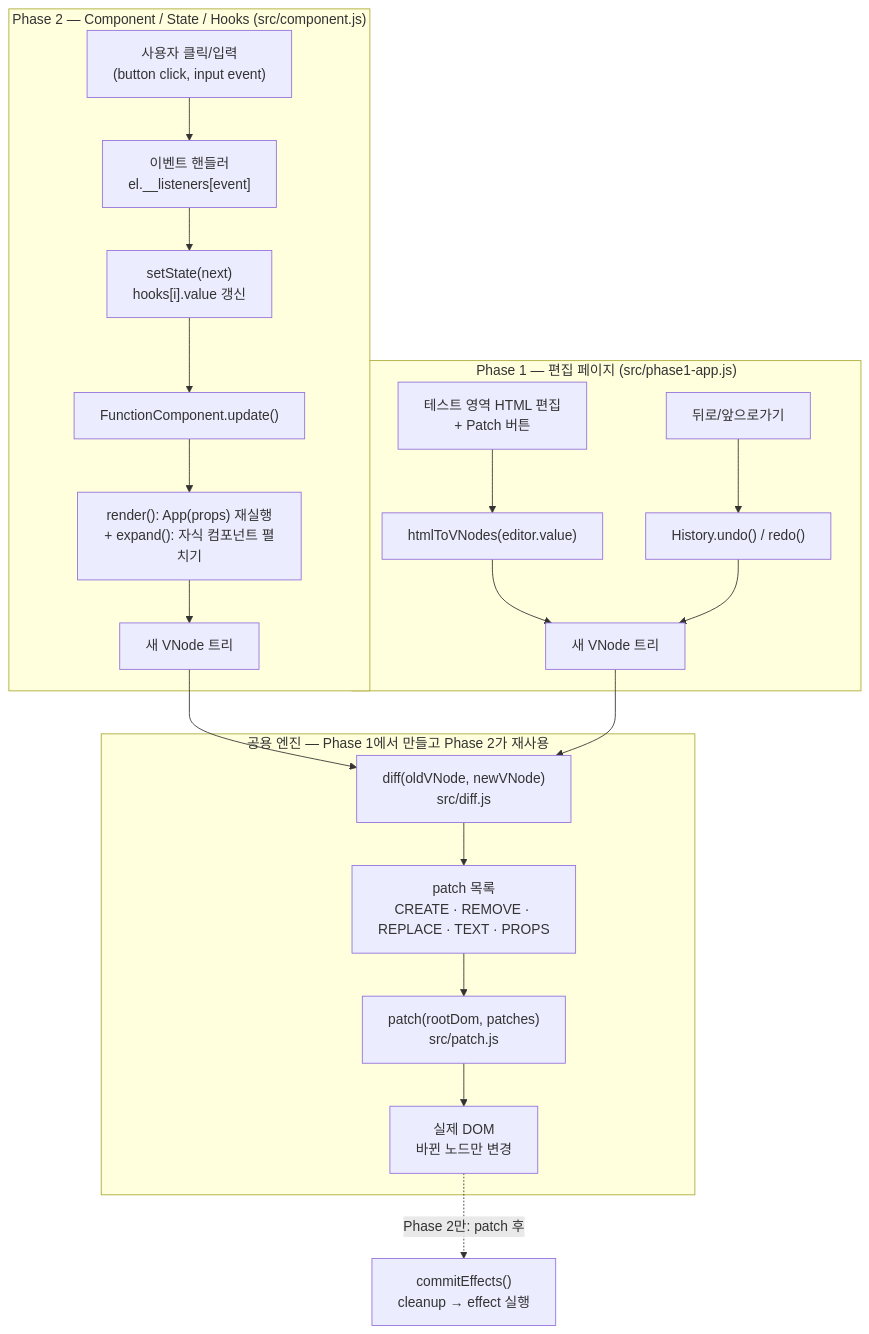
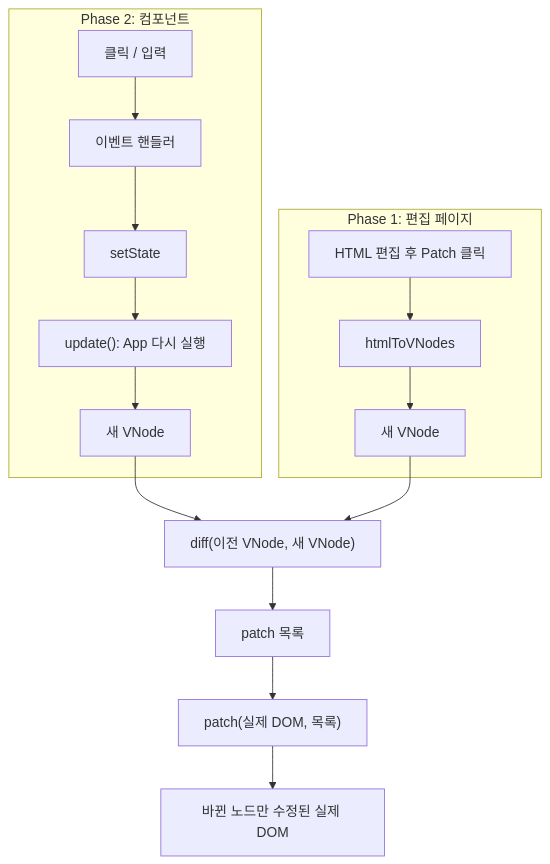
The first of 4 diagrams in jaeyun-mini-react/README.md (yongminkim0501/mini-react), drawn with Mermaid before and after one commit. The commit also changed other lines of this file, not shown here.

````diff
--- a/jaeyun-mini-react/README.md
+++ b/jaeyun-mini-react/README.md
@@ -35,27 +37,18 @@
 ```mermaid
 flowchart TD
-    subgraph P2["Phase 2 — Component / State / Hooks (src/component.js)"]
-        E["사용자 클릭/입력<br/>(button click, input event)"] --> H["이벤트 핸들러<br/>el.__listeners[event]"]
-        H --> S["setState(next)<br/>hooks[i].value 갱신"]
-        S --> U["FunctionComponent.update()"]
-        U --> R["render(): App(props) 재실행<br/>+ expand(): 자식 컴포넌트 펼치기"]
-        R --> NV2["새 VNode 트리"]
+    subgraph P2["Phase 2: 컴포넌트"]
+        A["클릭 / 입력"] --> B["이벤트 핸들러"]
+        B --> C["setState"]
+        C --> D["update(): App 다시 실행"]
+        D --> E["새 VNode"]
     end
-
-    subgraph P1["Phase 1 — 편집 페이지 (src/phase1-app.js)"]
-        ED["테스트 영역 HTML 편집<br/>+ Patch 버튼"] --> HV["htmlToVNodes(editor.value)"]
-        HV --> NV1["새 VNode 트리"]
-        UR["뒤로/앞으로가기"] --> HI["History.undo() / redo()"]
-        HI --> NV1
+    subgraph P1["Phase 1: 편집 페이지"]
+        F["HTML 편집 후 Patch 클릭"] --> G["htmlToVNodes"]
+        G --> H["새 VNode"]
     end
-
-    subgraph ENGINE["공용 엔진 — Phase 1에서 만들고 Phase 2가 재사용"]
-        D["diff(oldVNode, newVNode)<br/>src/diff.js"] --> PL["patch 목록<br/>CREATE · REMOVE · REPLACE · TEXT · PROPS"]
-        PL --> PT["patch(rootDom, patches)<br/>src/patch.js"]
-        PT --> DOM["실제 DOM<br/>바뀐 노드만 변경"]
-    end
-
-    NV2 --> D
-    NV1 --> D
-    DOM -. "Phase 2만: patch 후" .-> FX["commitEffects()<br/>cleanup → effect 실행"]
+    E --> I["diff(이전 VNode, 새 VNode)"]
+    H --> I
+    I --> J["patch 목록"]
+    J --> K["patch(실제 DOM, 목록)"]
+    K --> L["바뀐 노드만 수정된 실제 DOM"]
 ```
````
